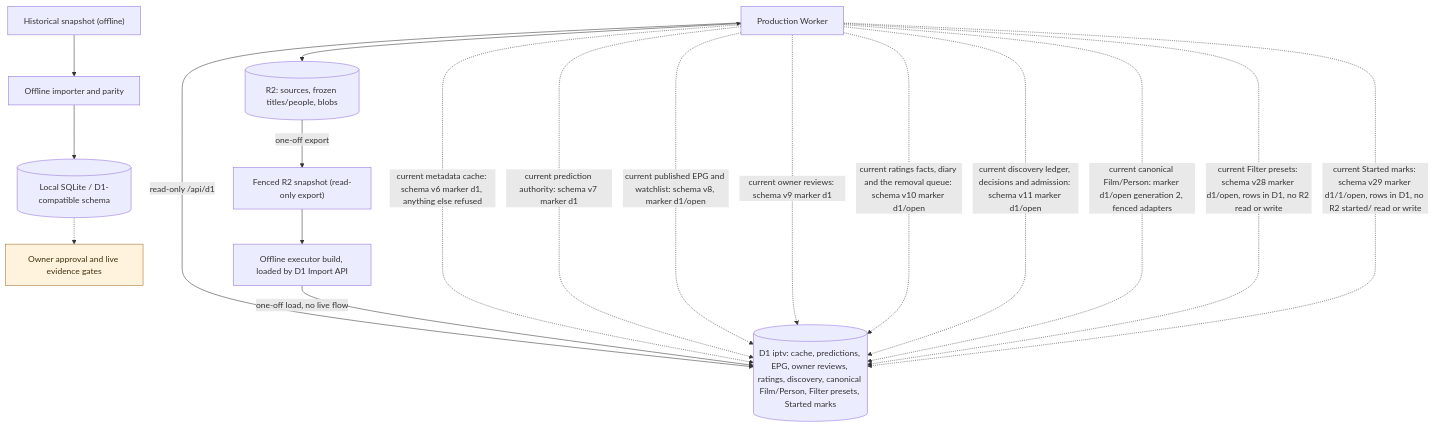
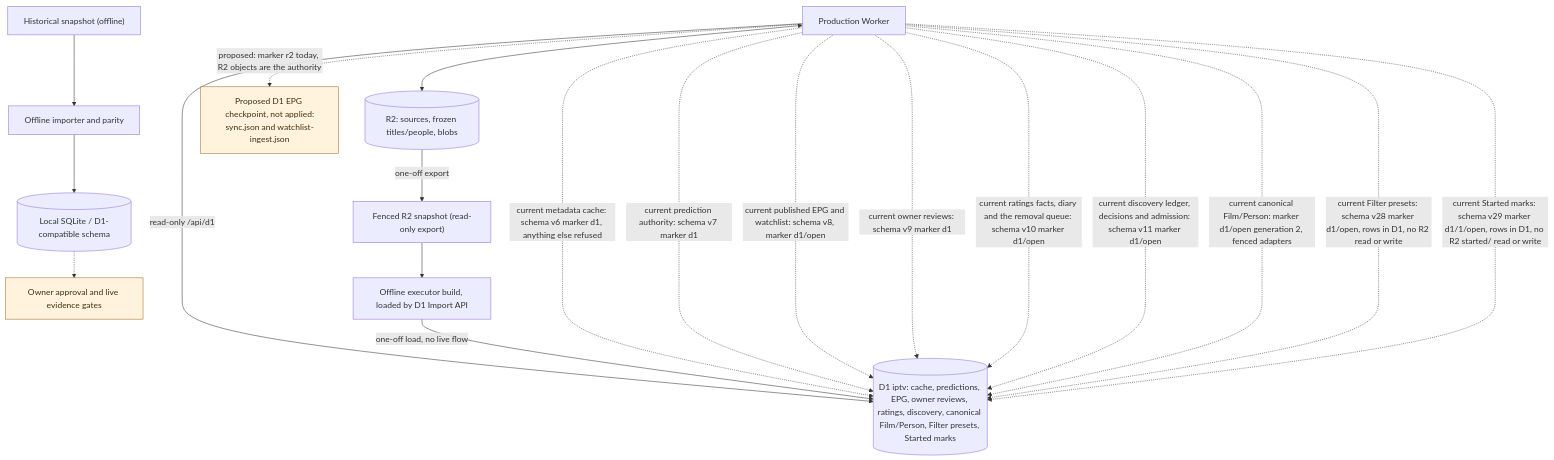
Before and after one commit to vladimino/iptv-watchlist: the diagram in docs/architecture/persistence-and-migration.md, drawn with Mermaid. The commit also changed other lines of this file and 8 other files, not shown here.

First line of the commit message:
docs(air-550): accept ADR 0185 for D1 EPG checkpoint (#830)

````diff
--- a/docs/architecture/persistence-and-migration.md
+++ b/docs/architecture/persistence-and-migration.md
@@ -7,28 +7,30 @@
 ```mermaid
 flowchart TD
     worker["Production Worker"]
     r2[("R2: sources, frozen titles/people, blobs")]
     archive["Historical snapshot (offline)"]
     importer["Offline importer and parity"]
     local[("Local SQLite / D1-compatible schema")]
     gate["Owner approval and live evidence gates"]
     snapshot["Fenced R2 snapshot (read-only export)"]
     reload["Offline executor build, loaded by D1 Import API"]
     d1[("D1 iptv: cache, predictions, EPG, owner reviews, ratings, discovery, canonical Film/Person, Filter presets, Started marks")]
     worker <--> r2
     worker -->|read-only /api/d1| d1
     archive --> importer --> local
     local -.-> gate
     r2 -->|one-off export| snapshot --> reload -->|one-off load, no live flow| d1
     worker -.->|current metadata cache: schema v6 marker d1, anything else refused| d1
     worker -.->|current prediction authority: schema v7 marker d1| d1
     worker -.->|current published EPG and watchlist: schema v8, marker d1/open| d1
     worker -.->|current owner reviews: schema v9 marker d1| d1
     worker -.->|current ratings facts, diary and the removal queue: schema v10 marker d1/open| d1
     worker -.->|current discovery ledger, decisions and admission: schema v11 marker d1/open| d1
     worker -.->|current canonical Film/Person: marker d1/open generation 2, fenced adapters| d1
     worker -.->|current Filter presets: schema v28 marker d1/open, rows in D1, no R2 read or write| d1
     worker -.->|current Started marks: schema v29 marker d1/1/open, rows in D1, no R2 started/ read or write| d1
+    epgcp["Proposed D1 EPG checkpoint, not applied:<br/>sync.json and watchlist-ingest.json"]
+    worker -.->|"proposed: marker r2 today, R2 objects are the authority"| epgcp
     classDef future fill:#fff3de,stroke:#a56c2b,color:#42300e
-    class gate future
+    class gate,epgcp future
 ```
````
